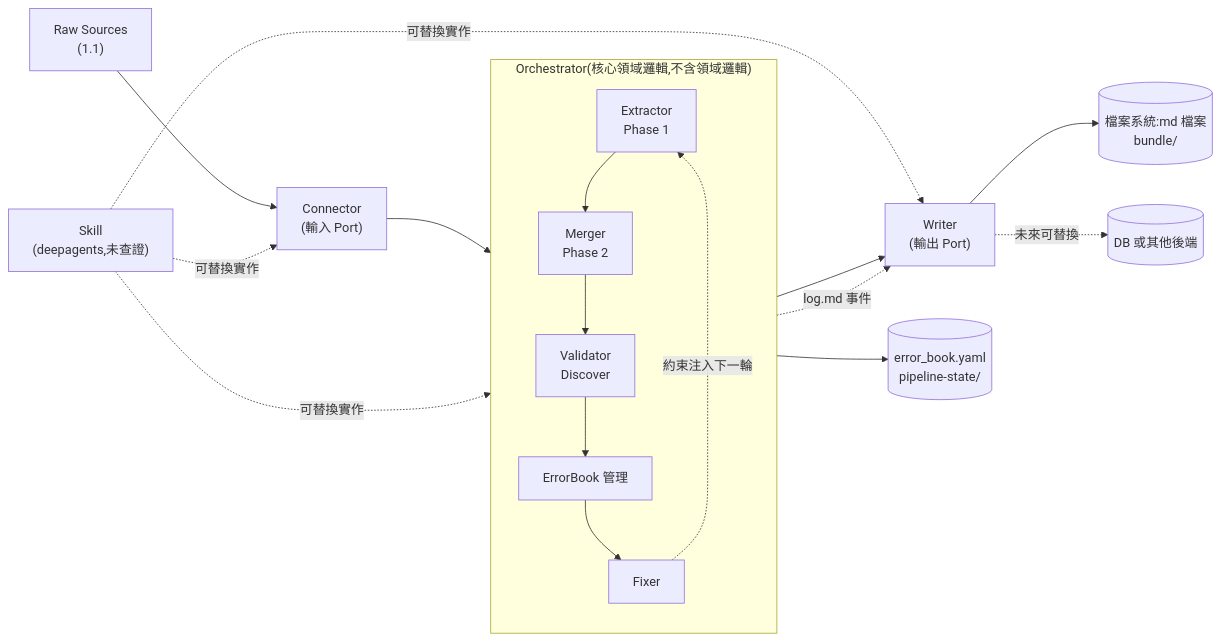
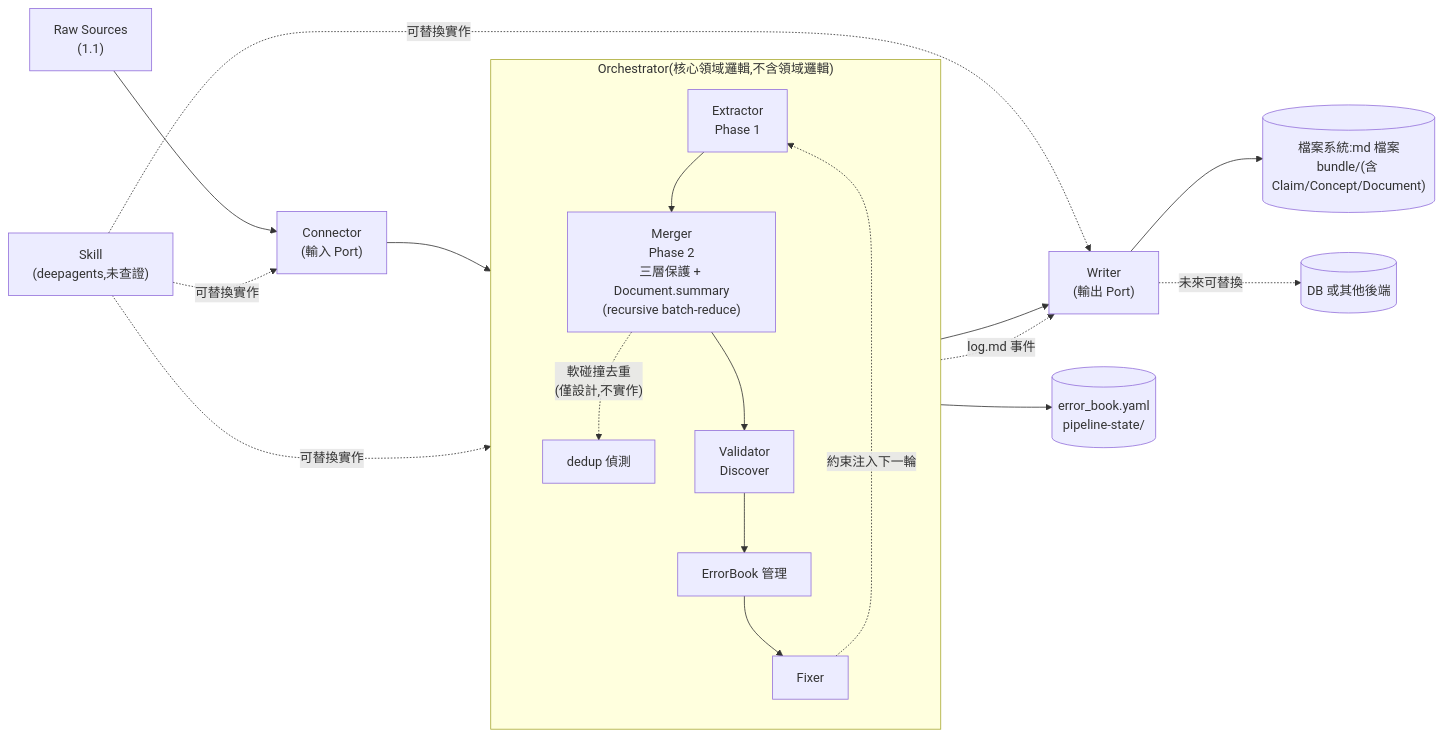
Before and after one commit to yuchengml/llm_yuki: the diagram in docs/llm-yuki-v0.1-proposal/ARCHITECTURE.md, drawn with Mermaid. The commit also changed other lines of this file and 3 other files, not shown here.

````diff
--- a/docs/llm-yuki-v0.1-proposal/ARCHITECTURE.md
+++ b/docs/llm-yuki-v0.1-proposal/ARCHITECTURE.md
@@ -61,24 +88,25 @@
 ```mermaid
 flowchart LR
     RS["Raw Sources<br/>(1.1)"] --> C["Connector<br/>(輸入 Port)"]
     C --> EX
 
     subgraph O["Orchestrator(核心領域邏輯,不含領域邏輯)"]
         direction TB
-        EX["Extractor<br/>Phase 1"] --> ME["Merger<br/>Phase 2"]
+        EX["Extractor<br/>Phase 1"] --> ME["Merger<br/>Phase 2<br/>三層保護 + Document.summary<br/>(recursive batch-reduce)"]
+        ME -. "軟碰撞去重<br/>(僅設計,不實作)" .-> DEDUP["dedup 偵測"]
         ME --> VA["Validator<br/>Discover"]
         VA --> EBM["ErrorBook 管理"]
         EBM --> FX["Fixer"]
         FX -. "約束注入下一輪" .-> EX
     end
 
     ME --> W["Writer<br/>(輸出 Port)"]
     EBM -. "log.md 事件" .-> W
-    W --> FS[("檔案系統:md 檔案<br/>bundle/")]
+    W --> FS[("檔案系統:md 檔案<br/>bundle/(含 Claim/Concept/Document)")]
     W -. "未來可替換" .-> DB[("DB 或其他後端")]
     EBM --> EBS[("error_book.yaml<br/>pipeline-state/")]
 
     SK["Skill<br/>(deepagents,未查證)"] -. "可替換實作" .-> C
     SK -. "可替換實作" .-> EX
     SK -. "可替換實作" .-> W
 ```
````
